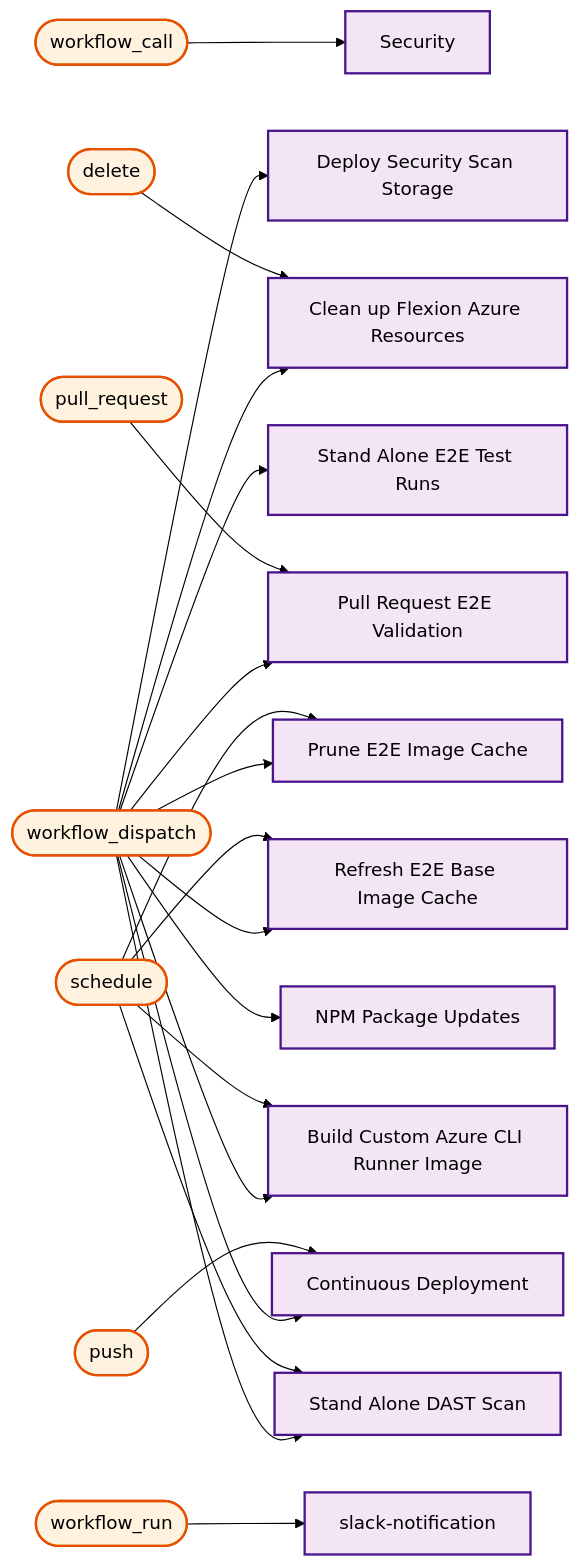
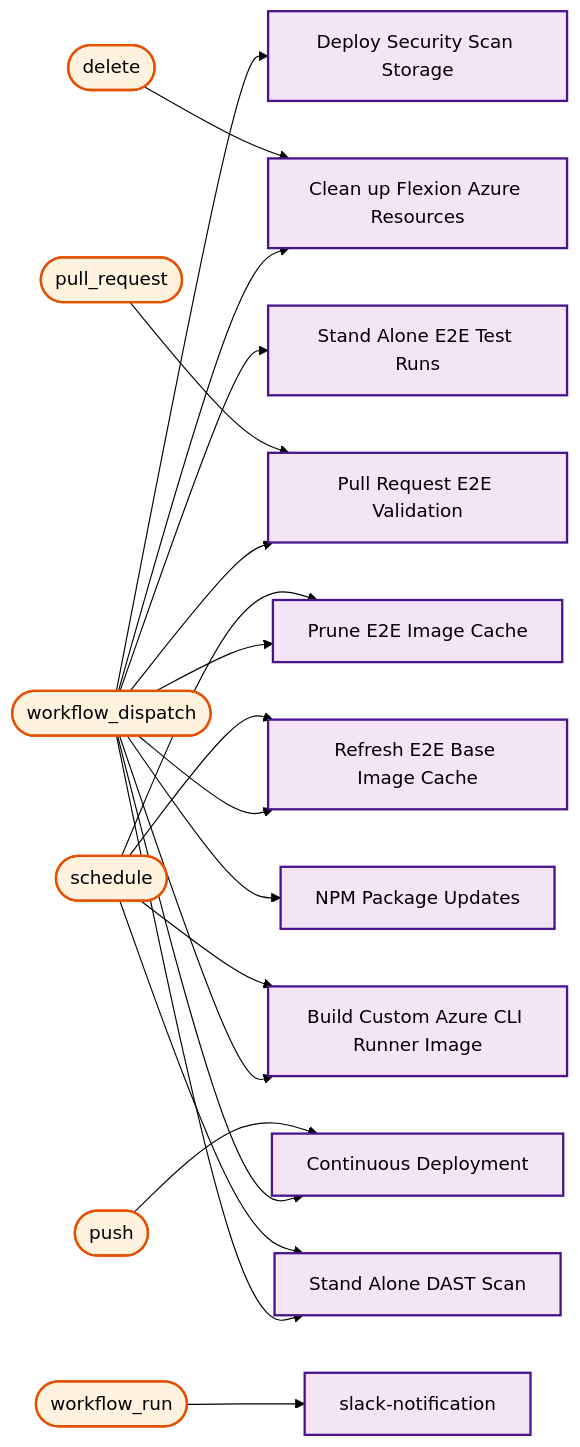
One commit to US-Trustee-Program/Bankruptcy-Oversight-Support-Systems changed diagram 24 of 24 in docs/operations/workflow-diagram.md. Above: the diagram before and after it, drawn with Mermaid (forest theme). The commit also changed other lines of this file and 3 other files, not shown here.

First line of the commit message:
Harden sub-security-scan.yml to use least privilege

````diff
--- a/docs/operations/workflow-diagram.md
+++ b/docs/operations/workflow-diagram.md
@@ -1306,72 +1305,67 @@
 ```mermaid
 flowchart LR
-    trigger_workflow_call(["workflow_call"])
-    sub_security_scan_yml["Security"]
     trigger_workflow_dispatch(["workflow_dispatch"])
     deploy_security_scan_storage_yml["Deploy Security Scan Storage"]
     e2e_test_yml["Stand Alone E2E Test Runs"]
     azure_remove_branch_yml["Clean up Flexion Azure Resources"]
     prune_e2e_image_cache_yml["Prune E2E Image Cache"]
     refresh_e2e_base_images_yml["Refresh E2E Base Image Cache"]
     pr_validation_yml["Pull Request E2E Validation"]
     continuous_deployment_yml["Continuous Deployment"]
     build_azure_cli_image_yml["Build Custom Azure CLI Runner Image"]
     dast_scan_yml["Stand Alone DAST Scan"]
     update_dependencies_yml["NPM Package Updates"]
     trigger_delete(["delete"])
     azure_remove_branch_yml["Clean up Flexion Azure Resources"]
     trigger_schedule(["schedule"])
     prune_e2e_image_cache_yml["Prune E2E Image Cache"]
     refresh_e2e_base_images_yml["Refresh E2E Base Image Cache"]
     build_azure_cli_image_yml["Build Custom Azure CLI Runner Image"]
     dast_scan_yml["Stand Alone DAST Scan"]
     trigger_pull_request(["pull_request"])
     pr_validation_yml["Pull Request E2E Validation"]
     trigger_push(["push"])
     continuous_deployment_yml["Continuous Deployment"]
     trigger_workflow_run(["workflow_run"])
     slack_notification_yml["slack-notification"]
 
-    trigger_workflow_call --> sub_security_scan_yml
     trigger_workflow_dispatch --> deploy_security_scan_storage_yml
     trigger_workflow_dispatch --> e2e_test_yml
     trigger_workflow_dispatch --> azure_remove_branch_yml
     trigger_workflow_dispatch --> prune_e2e_image_cache_yml
     trigger_workflow_dispatch --> refresh_e2e_base_images_yml
     trigger_workflow_dispatch --> pr_validation_yml
     trigger_workflow_dispatch --> continuous_deployment_yml
     trigger_workflow_dispatch --> build_azure_cli_image_yml
     trigger_workflow_dispatch --> dast_scan_yml
     trigger_workflow_dispatch --> update_dependencies_yml
     trigger_delete --> azure_remove_branch_yml
     trigger_schedule --> prune_e2e_image_cache_yml
     trigger_schedule --> refresh_e2e_base_images_yml
     trigger_schedule --> build_azure_cli_image_yml
     trigger_schedule --> dast_scan_yml
     trigger_pull_request --> pr_validation_yml
     trigger_push --> continuous_deployment_yml
     trigger_workflow_run --> slack_notification_yml
 
     classDef mainWorkflow fill:#f3e5f5,stroke:#4a148c,stroke-width:2px,color:#000000
     classDef trigger fill:#fff3e0,stroke:#e65100,stroke-width:2px,color:#000000
 
-    class trigger_workflow_call trigger
     class trigger_workflow_dispatch trigger
     class trigger_delete trigger
     class trigger_schedule trigger
     class trigger_pull_request trigger
     class trigger_push trigger
     class trigger_workflow_run trigger
-    class sub_security_scan_yml mainWorkflow
     class deploy_security_scan_storage_yml mainWorkflow
     class e2e_test_yml mainWorkflow
     class azure_remove_branch_yml mainWorkflow
     class prune_e2e_image_cache_yml mainWorkflow
     class refresh_e2e_base_images_yml mainWorkflow
     class pr_validation_yml mainWorkflow
     class continuous_deployment_yml mainWorkflow
     class build_azure_cli_image_yml mainWorkflow
     class dast_scan_yml mainWorkflow
     class update_dependencies_yml mainWorkflow
     class slack_notification_yml mainWorkflow
 ```
````
